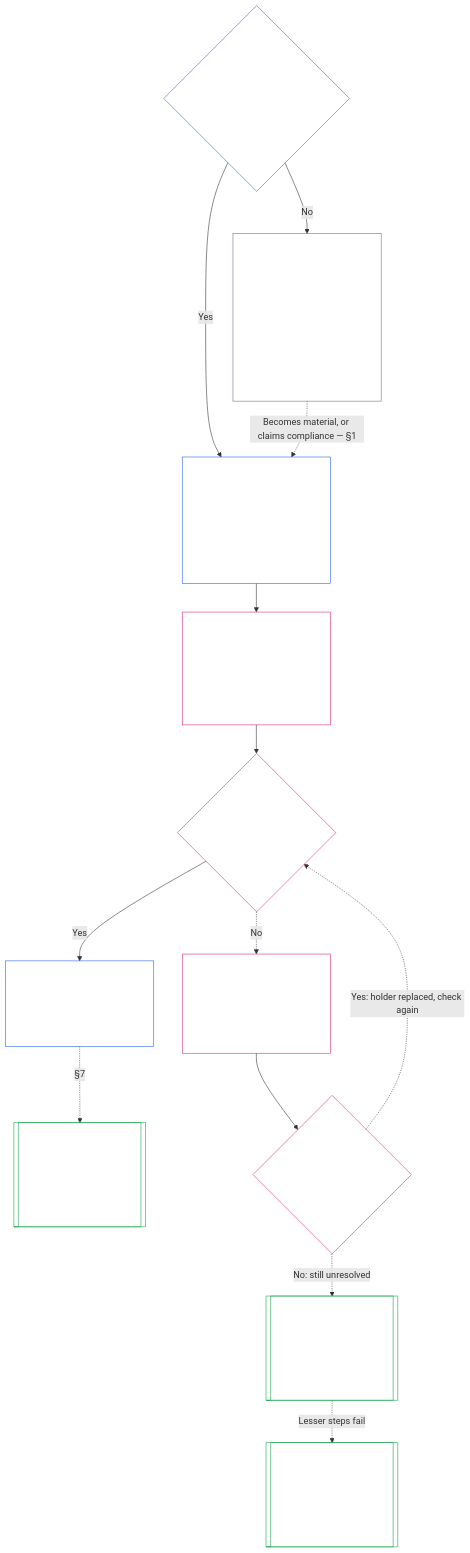
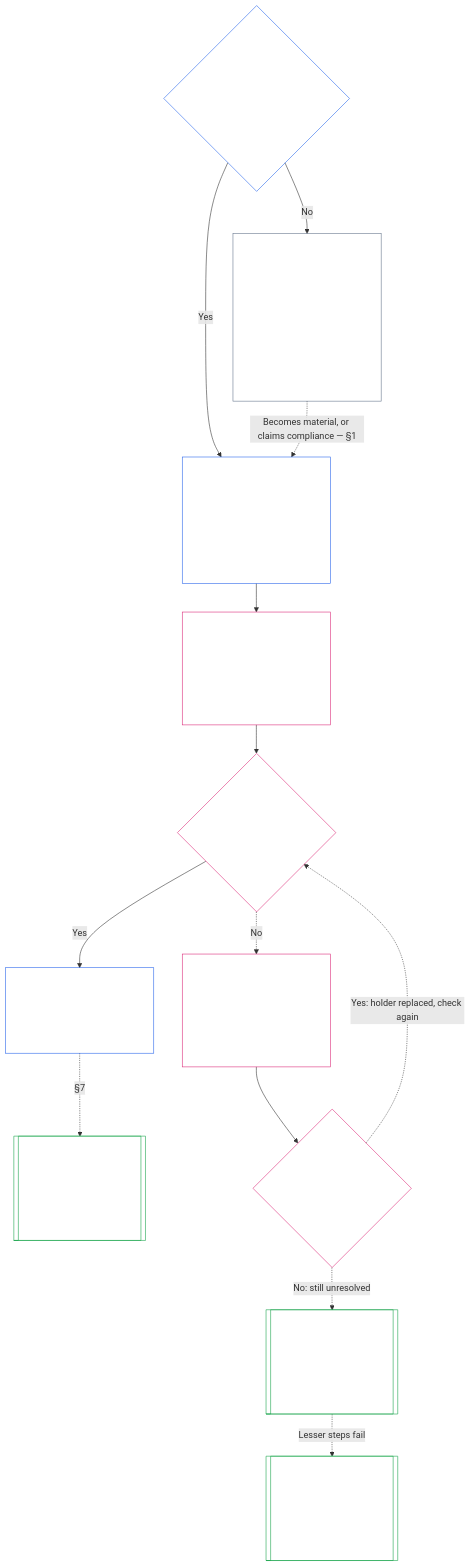
Before and after one commit to kfoelsch/Sentient_Constitution: the diagram in core_07_charters.md, drawn with Mermaid. The commit also changed other lines of this file and 22 other files, not shown here.

````diff
--- a/core_07_charters.md
+++ b/core_07_charters.md
@@ -194,37 +194,37 @@
 ```mermaid
 flowchart TB
     Q{"§1 Could what you do materially affect other people?<br/>(Class L or higher)"}
     C["§3, §4 Publish its System Charter or<br/>Institutional Charter<br/><br/>Purpose, limits, who relies on it,<br/>who changes it, who holds each seat"]
     H["§5 Publish the office-holder statement<br/><br/>Who holds the key offices, who controls<br/>them, how they are rewarded"]
     K["§7 Keep it true<br/><br/>Review on schedule<br/>Fix any mismatch in the open"]
     X[["Chapter Nine — Alignment certification<br/><br/>Checks the scope against real operation<br/><br/>Outside this chapter"]]
     P["Class P: a System Charter or<br/>Institutional Charter is voluntary<br/><br/>Publishing one creates no duty<br/>under this chapter<br/><br/>§2 You don't need anyone's permission to start"]
     D{"§5 Does the formation check pass?"}
-    F["§6 A holder fails the check<br/><br/>Replace that sentient, not the Chartered Party<br/>A short window to answer,<br/>a longer one to resolve it"]
+    F["§6 A holder fails the formation check<br/><br/>Replace that sentient, not the Chartered Party<br/>A short window to answer,<br/>a longer one to resolve it"]
     W{"§6 Is the resolution window still open?"}
     R[["CI-13 and CI-28 — Consequence review<br/><br/>Lightest step that protects others<br/><br/>Outside this chapter"]]
     E[["CI-28 and CI-13 — Contract below Class L, or dissolve<br/><br/>Dissolution only as a last step<br/><br/>Outside this chapter"]]
     Q -->|"Yes"| C
     Q -->|"No"| P
     P -.->|"Becomes material, or claims compliance — §1"| C
     C --> H
     H --> D
     D -->|"Yes"| K
     D -.->|"No"| F
     F --> W
     W -.->|"Yes: holder replaced, check again"| D
     W -.->|"No: still unresolved"| R
     R -.->|"Lesser steps fail"| E
     K -.->|"§7"| X
     style Q fill:none,stroke:#2563eb,color:#ffffff
     style C fill:none,stroke:#2563eb,color:#ffffff
     style H fill:none,stroke:#db2777,color:#ffffff
     style K fill:none,stroke:#2563eb,color:#ffffff
     style X fill:none,stroke:#16a34a,color:#ffffff
     style P fill:none,stroke:#64748b,color:#ffffff
     style D fill:none,stroke:#db2777,color:#ffffff
     style F fill:none,stroke:#db2777,color:#ffffff
     style W fill:none,stroke:#db2777,color:#ffffff
     style R fill:none,stroke:#16a34a,color:#ffffff
     style E fill:none,stroke:#16a34a,color:#ffffff
 ```
````
